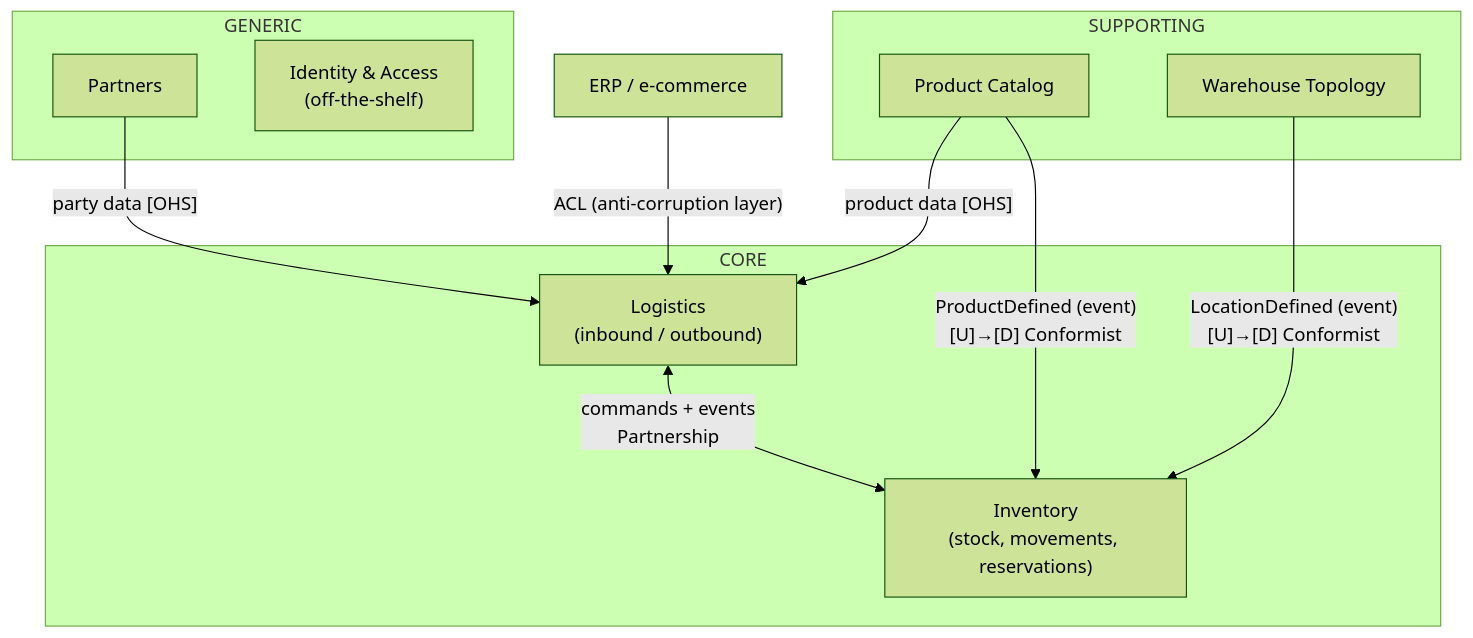
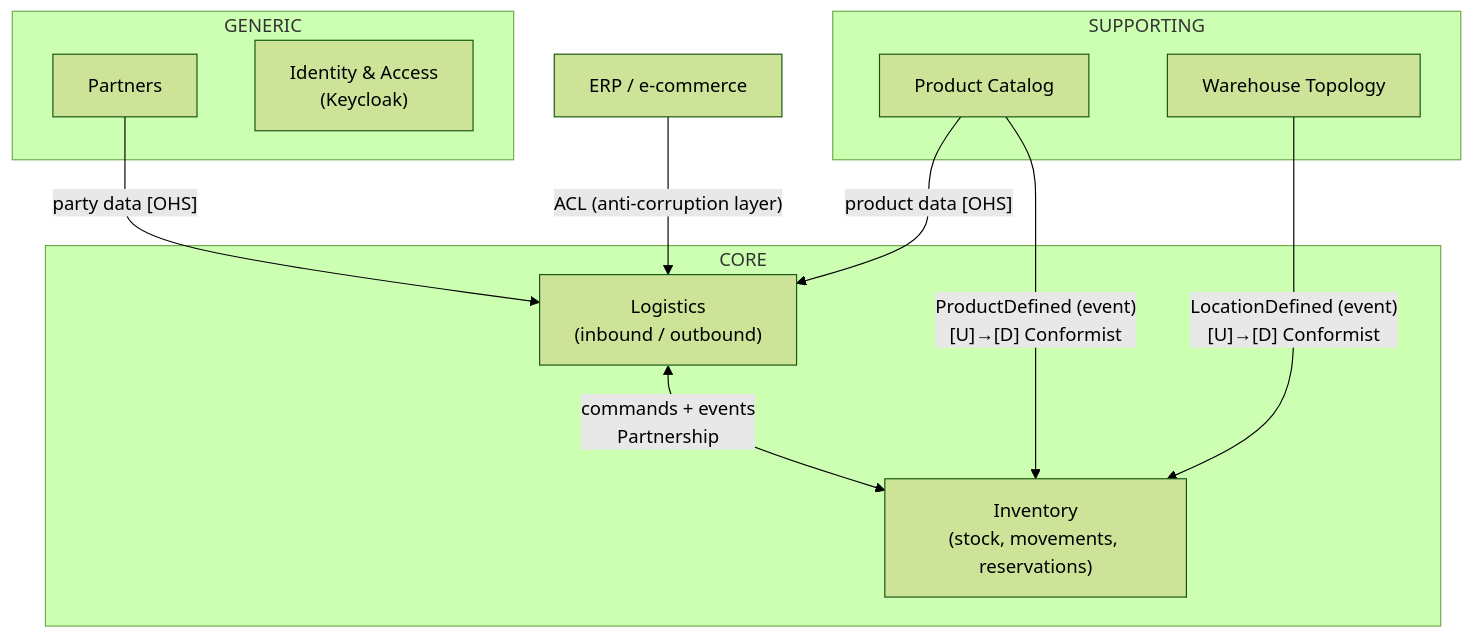
Before and after one commit to mkasperczyk90/Warehouse: the first of 2 diagrams in docs/02-bounded-contexts.md, drawn with Mermaid (forest theme). The commit also changed 48 other files, not shown here.

````diff
--- a/docs/02-bounded-contexts.md
+++ b/docs/02-bounded-contexts.md
@@ -38,23 +38,23 @@
 ```mermaid
 flowchart TB
     subgraph Core["CORE"]
         INV["Inventory<br/>(stock, movements, reservations)"]
         LOG["Logistics<br/>(inbound / outbound)"]
     end
     subgraph Supporting["SUPPORTING"]
         CAT["Product Catalog"]
         TOP["Warehouse Topology"]
     end
     subgraph Generic["GENERIC"]
         PRT["Partners"]
-        IAM["Identity & Access<br/>(off-the-shelf)"]
+        IAM["Identity & Access<br/>(Keycloak)"]
     end
 
     CAT -- "ProductDefined (event)<br/>[U]→[D] Conformist" --> INV
     TOP -- "LocationDefined (event)<br/>[U]→[D] Conformist" --> INV
     CAT -- "product data [OHS]" --> LOG
     PRT -- "party data [OHS]" --> LOG
     LOG <-- "commands + events<br/>Partnership" --> INV
 
     ERP["ERP / e-commerce"] -- "ACL (anti-corruption layer)" --> LOG
 ```
````
